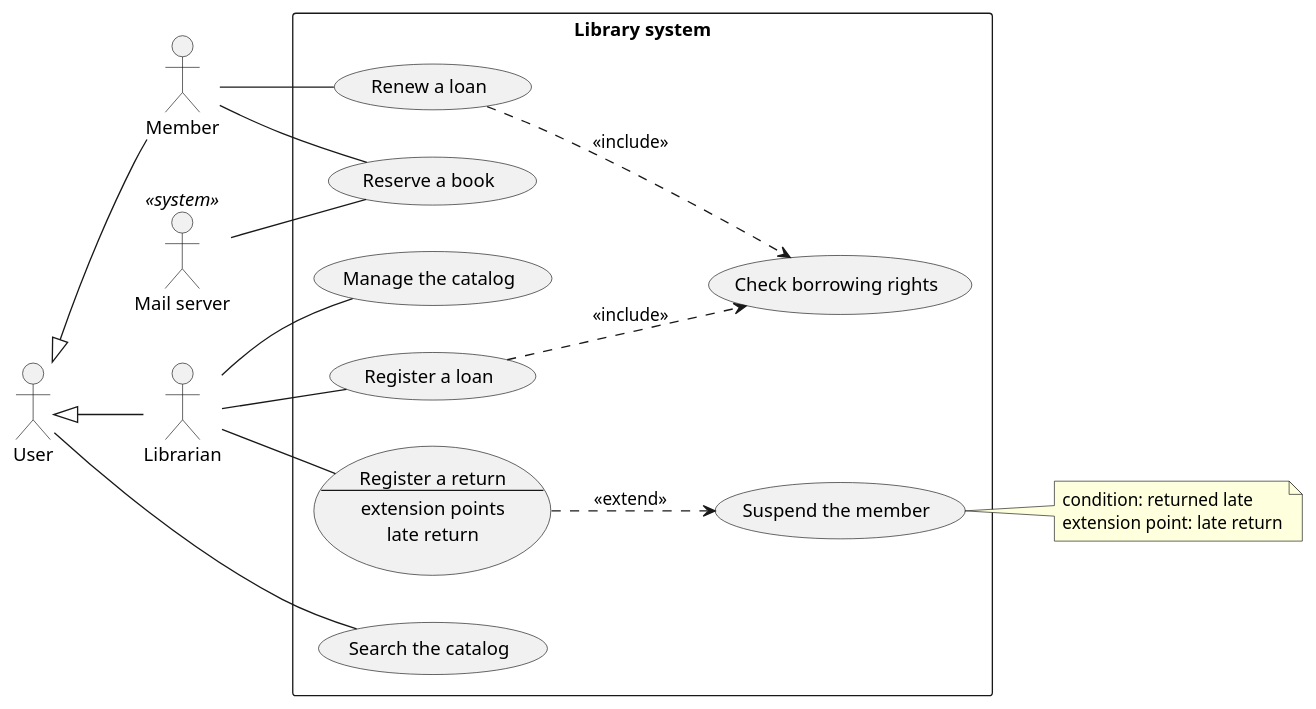
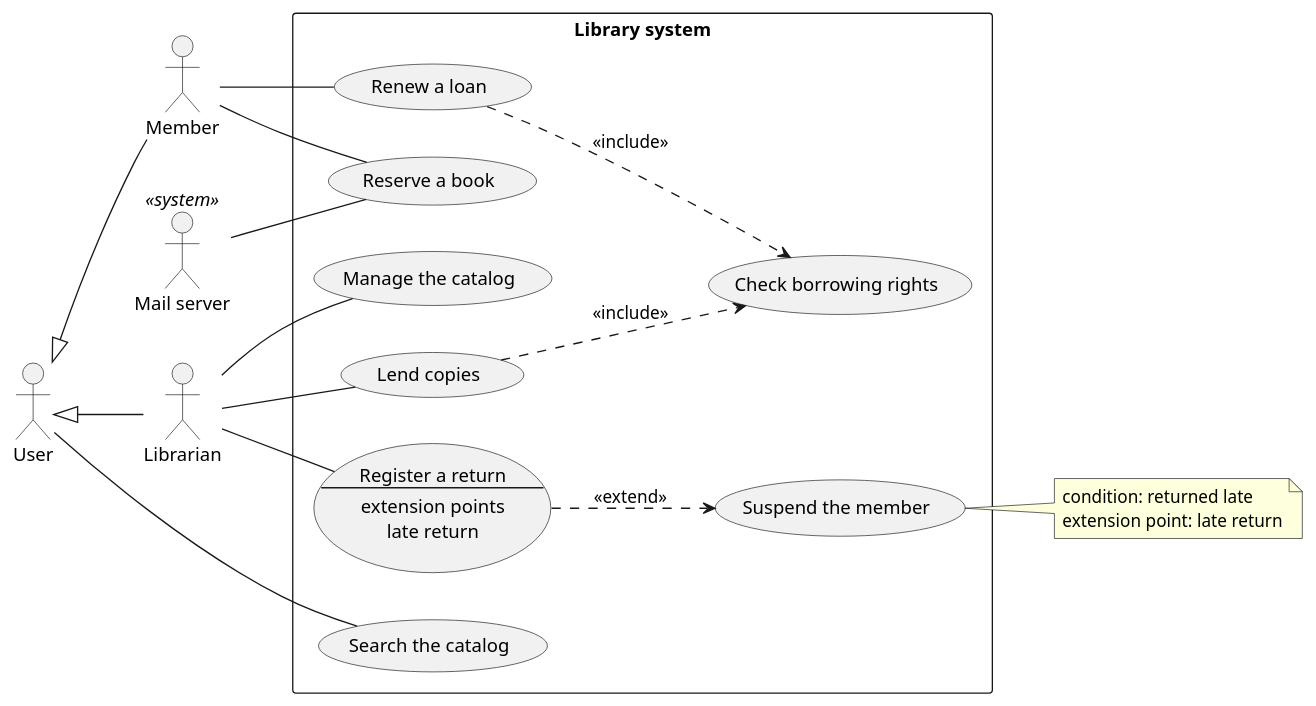
The diagram in docs/uml/use-case.puml (salsabil-lediaf/tp2-library), drawn with PlantUML before and after one commit. The commit also changed 1 other file, not shown here.

```diff
--- a/docs/uml/use-case.puml
+++ b/docs/uml/use-case.puml
@@ -1,50 +1,50 @@
 @startuml
 left to right direction
 
 actor User
 actor Member
 actor Librarian
 actor "Mail server" as Mail <<system>>
 
 rectangle "Library system" {
 
     usecase "Search the catalog" as Search
     usecase "Reserve a book" as Reserve
     usecase "Renew a loan" as Renew
-    usecase "Register a loan" as Lend
+    usecase "Lend copies" as Lend
 
     usecase Return as "Register a return
     --
     extension points
     late return"
 
     usecase "Manage the catalog" as Manage
     usecase "Check borrowing rights" as Check
     usecase "Suspend the member" as Suspend
 }
 
 User <|-- Member
 User <|-- Librarian
 
 User -- Search
 
 Member -- Reserve
 Member -- Renew
 
 Librarian -- Lend
 Librarian -- Return
 Librarian -- Manage
 
 Mail -- Reserve
 
 Renew ..> Check : <<include>>
 Lend ..> Check : <<include>>
 
 Return ..> Suspend : <<extend>>
 'Suspend ..> Return  : <<extend>>
 note right of Suspend
   condition: returned late
   extension point: late return
 end note
 
 @enduml
```
